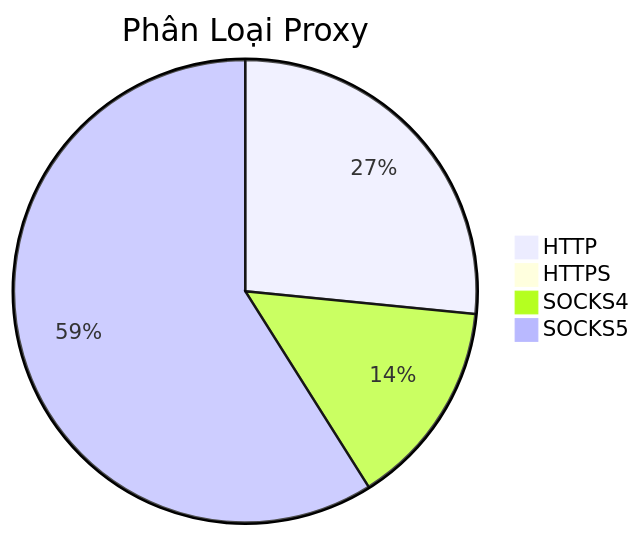
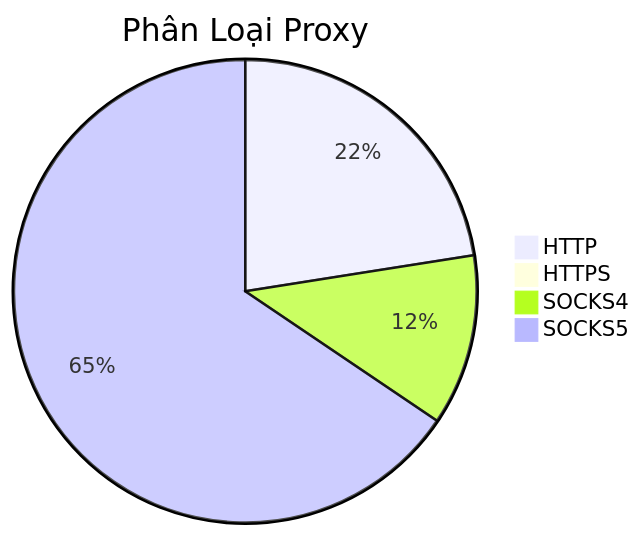
One commit to Ciara-Aa/PROXY-free changed the diagram in README.md. Above: the diagram before and after it, drawn with Mermaid. The commit also changed other lines of this file and 4 other files, not shown here.

````diff
--- a/README.md
+++ b/README.md
@@ -26,7 +26,7 @@
 ```mermaid
 pie title Phân Loại Proxy
-    "HTTP" : 571
-    "HTTPS" : 2
-    "SOCKS4" : 311
-    "SOCKS5" : 1267
+    "HTTP" : 548
+    "HTTPS" : 4
+    "SOCKS4" : 291
+    "SOCKS5" : 1596
 ```
````
